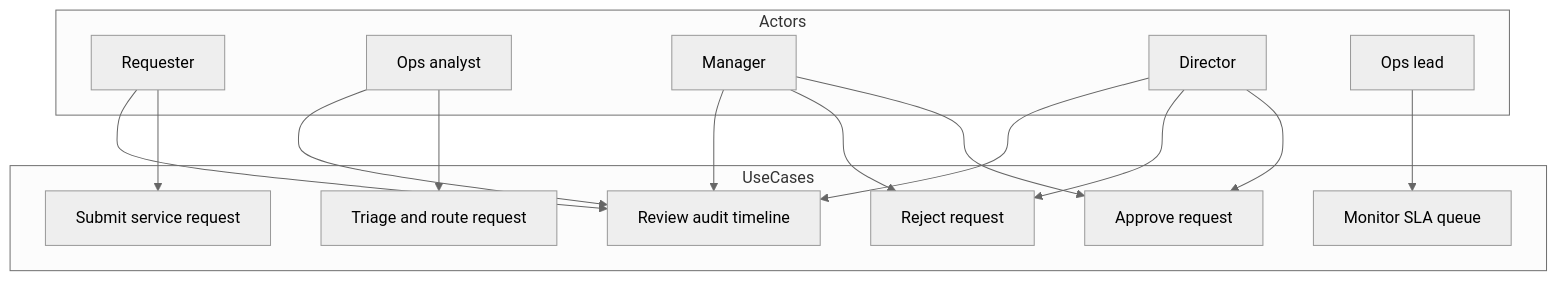
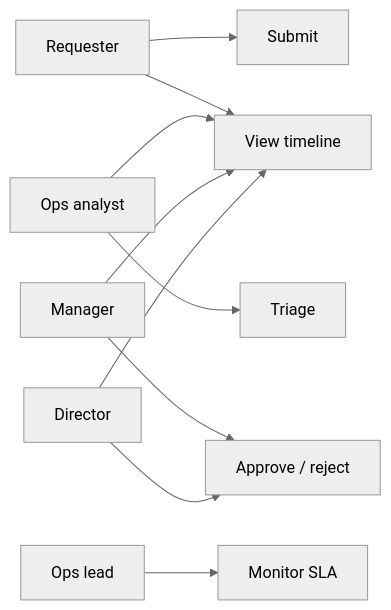
One commit to jah-guide/flowgate changed the diagram in docs/04-use-cases-stories.md. Above: the diagram before and after it, drawn with Mermaid (neutral theme). The commit also changed other lines of this file, not shown here.

Commit message:
docs: tighten use cases and acceptance criteria

````diff
--- a/docs/04-use-cases-stories.md
+++ b/docs/04-use-cases-stories.md
@@ -16,31 +16,9 @@
 ```mermaid
-flowchart TB
-  subgraph Actors
-    R[Requester]
-    O[Ops analyst]
-    M[Manager]
-    D[Director]
-    L[Ops lead]
-  end
-
-  subgraph UseCases
-    UC1[Submit service request]
-    UC2[Triage and route request]
-    UC3[Approve request]
-    UC4[Reject request]
-    UC5[Monitor SLA queue]
-    UC6[Review audit timeline]
-  end
-
-  R --> UC1
-  O --> UC2
-  M --> UC3
-  M --> UC4
-  D --> UC3
-  D --> UC4
-  L --> UC5
-  R --> UC6
-  O --> UC6
-  M --> UC6
-  D --> UC6
+flowchart LR
+  R[Requester] --> UC1[Submit]
+  O[Ops analyst] --> UC2[Triage]
+  M[Manager] --> UC3[Approve / reject]
+  D[Director] --> UC3
+  L[Ops lead] --> UC5[Monitor SLA]
+  R & O & M & D --> UC6[View timeline]
 ```
````
